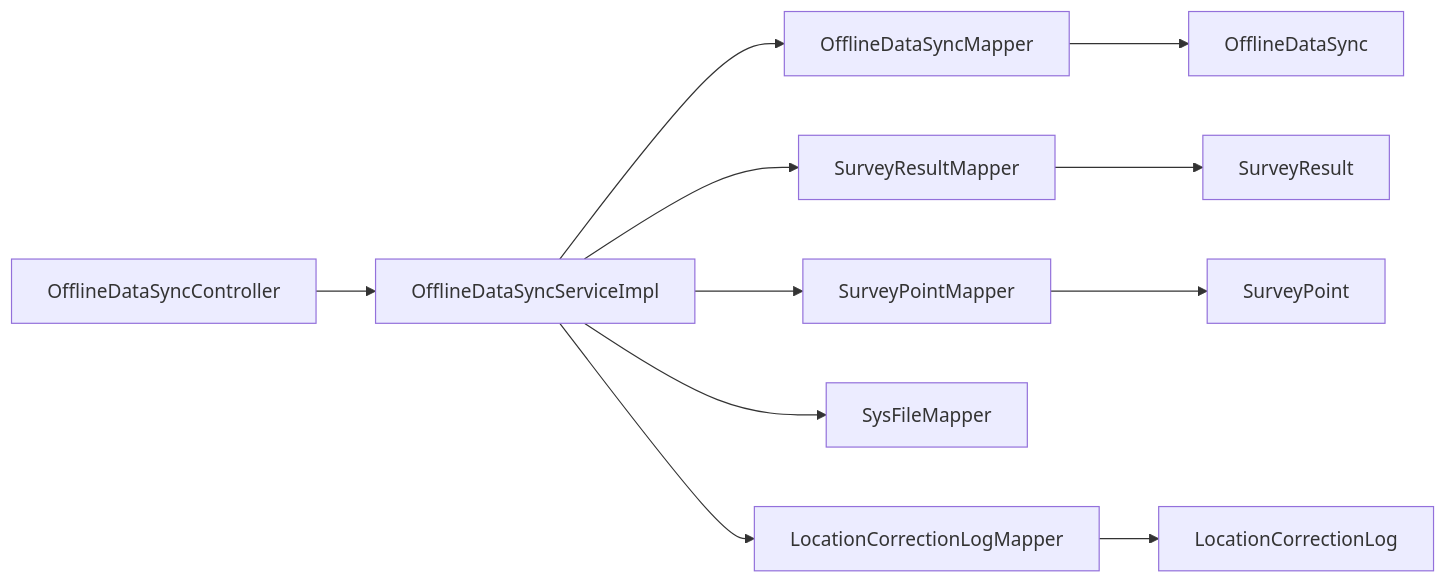
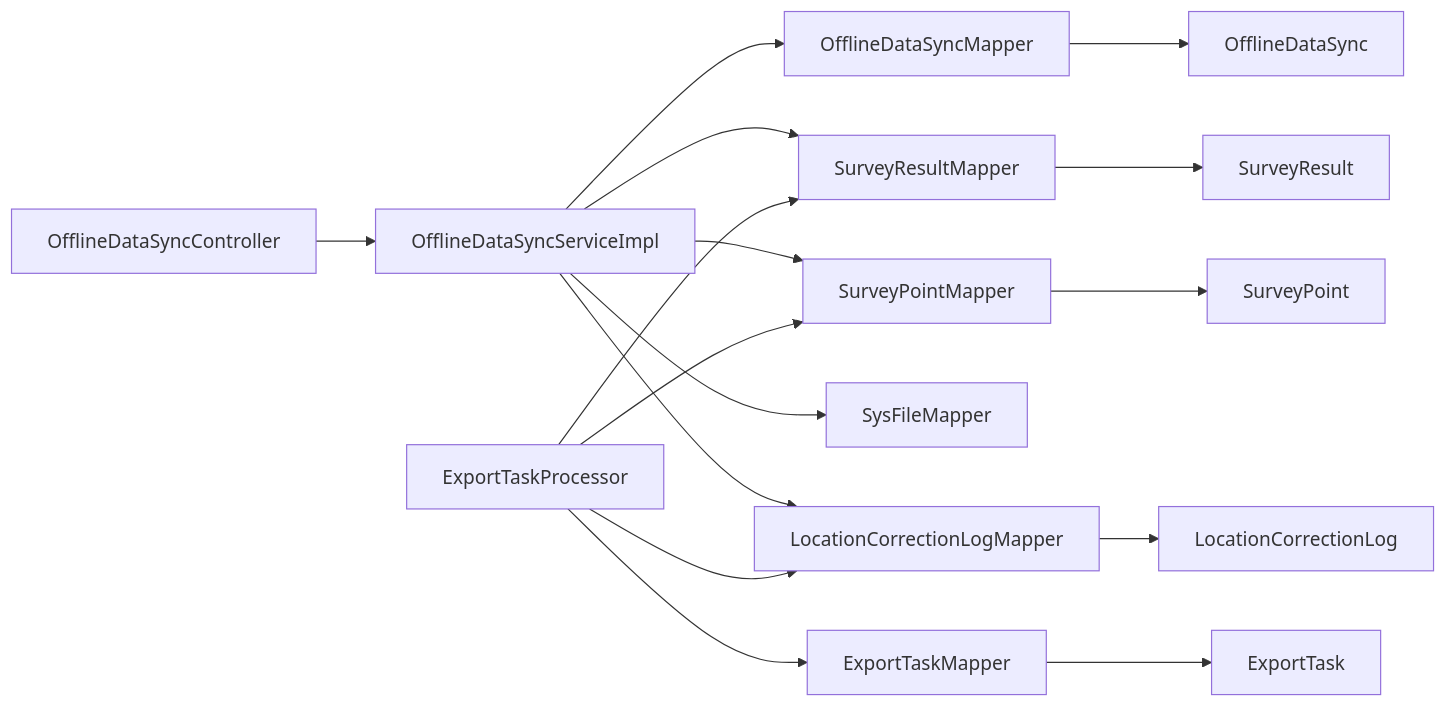
Diagram 11 of 11 in .qoder/repowiki/en/content/Data Collection & Forms/Offline Data Synchronization.md (bo961386926/Survey-App), drawn with Mermaid before and after one commit. The commit also changed other lines of this file and 25 other files, not shown here.

````diff
--- a/.qoder/repowiki/en/content/Data Collection & Forms/Offline Data Synchronization.md
+++ b/.qoder/repowiki/en/content/Data Collection & Forms/Offline Data Synchronization.md
@@ -380,13 +505,18 @@
 ```mermaid
 graph LR
 Controller["OfflineDataSyncController"] --> Service["OfflineDataSyncServiceImpl"]
 Service --> Mapper["OfflineDataSyncMapper"]
 Service --> ResultMapper["SurveyResultMapper"]
 Service --> PointMapper["SurveyPointMapper"]
 Service --> FileMapper["SysFileMapper"]
 Service --> CorrectionMapper["LocationCorrectionLogMapper"]
+Processor["ExportTaskProcessor"] --> TaskMapper["ExportTaskMapper"]
+Processor --> PointMapper
+Processor --> ResultMapper
+Processor --> CorrectionMapper
 Mapper --> E_Offline["OfflineDataSync"]
 ResultMapper --> E_Result["SurveyResult"]
 PointMapper --> E_Point["SurveyPoint"]
 CorrectionMapper --> E_Correction["LocationCorrectionLog"]
+TaskMapper --> E_Task["ExportTask"]
 ```
````
